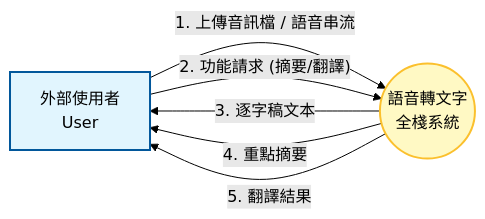
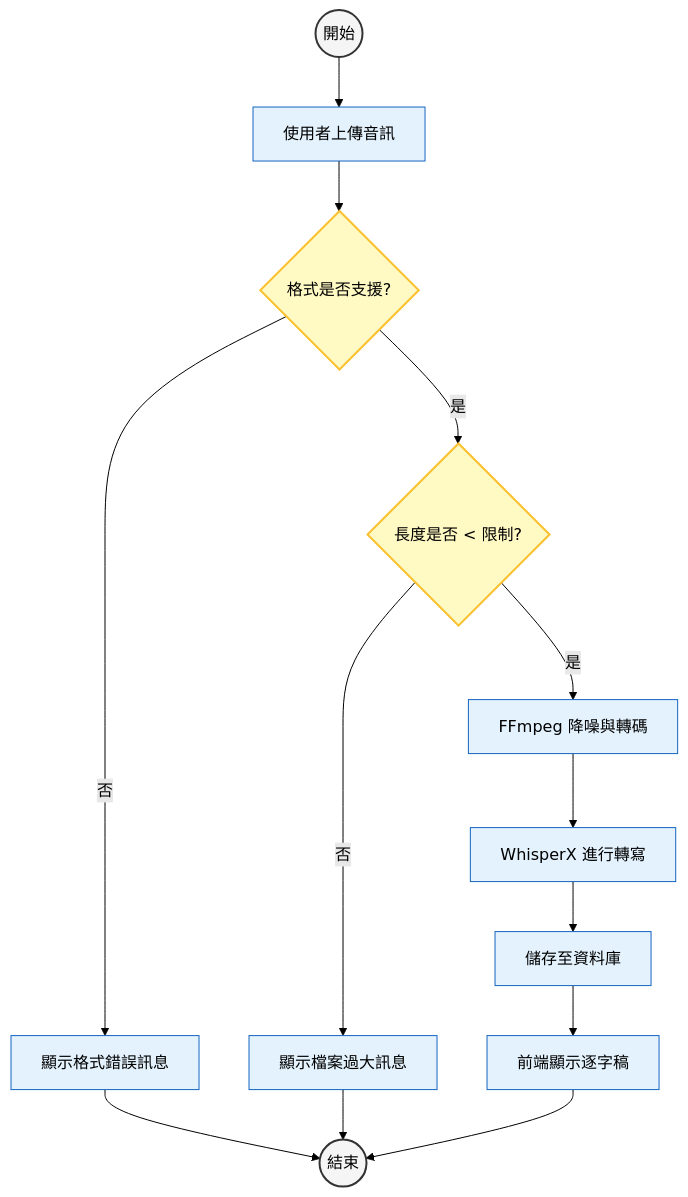
Before and after one commit to shu498/SASDteam3: the third of 7 diagrams in dfd.md, drawn with Mermaid (forest theme). The commit also changed other lines of this file, not shown here.

````diff
--- a/dfd.md
+++ b/dfd.md
@@ -6,22 +132,38 @@
-```mermaid
-graph LR
-    %% --- 樣式定義 (DFD 標準風格) ---
-    %% 外部實體 (Entity): 方形
-    classDef entity fill:#e1f5fe,stroke:#01579b,stroke-width:2px,color:#000;
-    %% 系統/程序 (Process): 圓角矩形
-    classDef system fill:#fff9c4,stroke:#fbc02d,stroke-width:2px,color:#000;
+``` mermaid
+graph TD
+    %% --- 樣式定義 ---
+    classDef start_end fill:#f5f5f5,stroke:#333,stroke-width:2px,rx:10,ry:10,color:#000000;
+    classDef proc fill:#e3f2fd,stroke:#1565c0,stroke-width:1px,color:#000000;
+    classDef decision fill:#fff9c4,stroke:#fbc02d,stroke-width:2px,rx:5,ry:5,color:#000000;
+
+    Start((開始)):::start_end
+    End((結束)):::start_end
+
+    %% 節點
+    Input[使用者上傳音訊]:::proc
+    CheckFmt{格式是否支援?}:::decision
+    Error1[顯示格式錯誤訊息]:::proc
+    Preprocess[FFmpeg 降噪與轉碼]:::proc
+    CheckLen{長度是否 < 限制?}:::decision
+    Error2[顯示檔案過大訊息]:::proc
+    AI_Process[WhisperX 進行轉寫]:::proc
+    SaveDB[儲存至資料庫]:::proc
+    Display[前端顯示逐字稿]:::proc
+
+    %% 流程
+    Start --> Input
+    Input --> CheckFmt
     
-    %% --- 節點定義 ---
-    User[外部使用者<br/>User]:::entity
-    System((語音轉文字<br/>全棧系統)):::system
-
-    %% --- 資料流向 ---
-    %% 輸入
-    User -- "1. 上傳音訊檔 / 語音串流" --> System
-    User -- "2. 功能請求 (摘要/翻譯)" --> System
+    CheckFmt -- 否 --> Error1
+    Error1 --> End
     
-    %% 輸出
-    System -- "3. 逐字稿文本" --> User
-    System -- "4. 重點摘要" --> User
-    System -- "5. 翻譯結果" --> User
+    CheckFmt -- 是 --> CheckLen
+    CheckLen -- 否 --> Error2
+    Error2 --> End
+    
+    CheckLen -- 是 --> Preprocess
+    Preprocess --> AI_Process
+    AI_Process --> SaveDB
+    SaveDB --> Display
+    Display --> End
 ```
````
